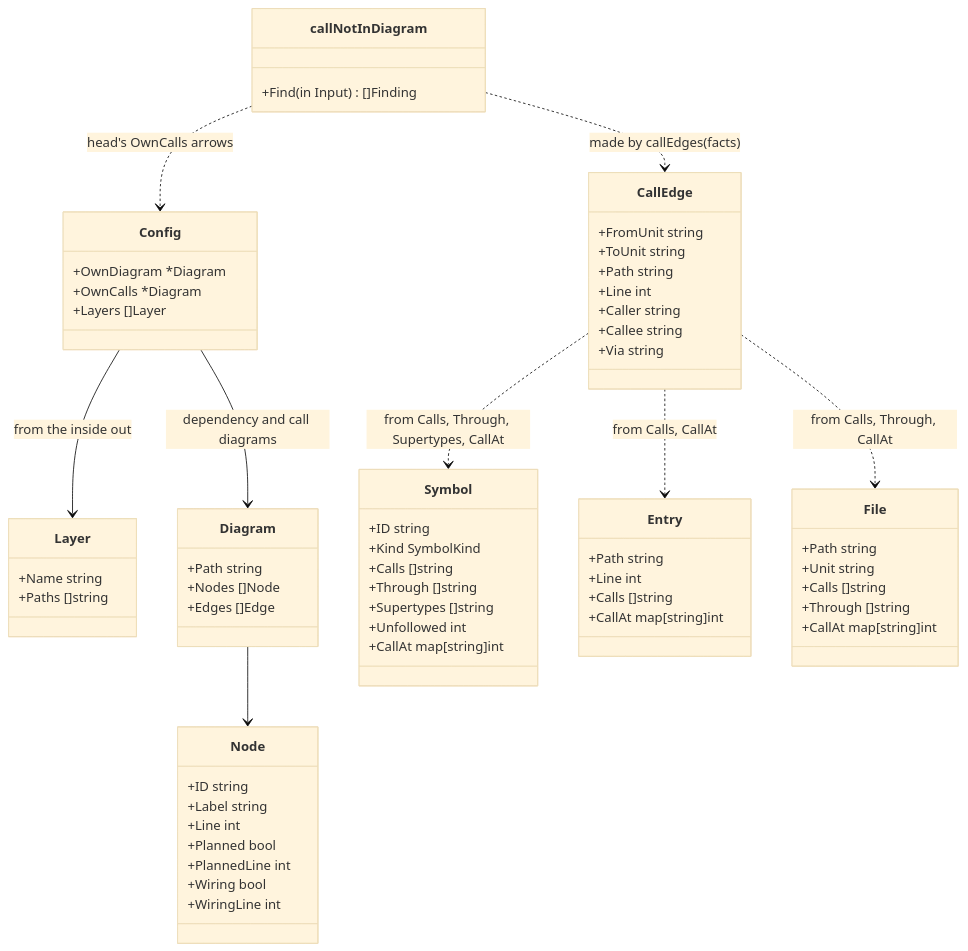
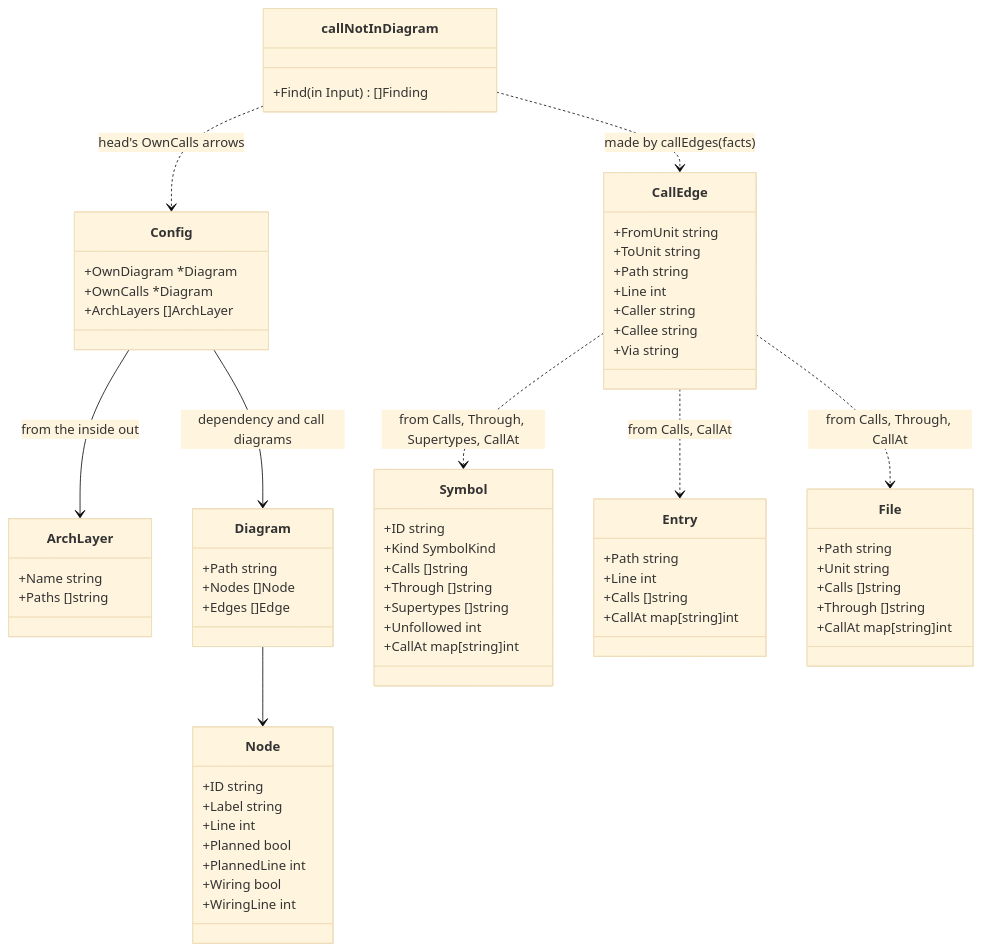
One commit to rerorets/hadome changed the diagram in docs/design/rules-deps.md. Above: the diagram before and after it, drawn with Mermaid (base theme). The commit also changed other lines of this file and 15 other files, not shown here.

Commit message:
deps/layer fails an import from an inner layer to an outer one, as rules.deps.layers lists them from the inside out

````diff
--- a/docs/design/rules-deps.md
+++ b/docs/design/rules-deps.md
@@ -206,68 +206,68 @@
 ```mermaid
 classDiagram
   class Config {
     +OwnDiagram *Diagram
     +OwnCalls *Diagram
-    +Layers []Layer
+    +ArchLayers []ArchLayer
   }
-  class Layer {
+  class ArchLayer {
     +Name string
     +Paths []string
   }
   class Diagram {
     +Path string
     +Nodes []Node
     +Edges []Edge
   }
   class Node {
     +ID string
     +Label string
     +Line int
     +Planned bool
     +PlannedLine int
     +Wiring bool
     +WiringLine int
   }
   class Symbol {
     +ID string
     +Kind SymbolKind
     +Calls []string
     +Through []string
     +Supertypes []string
     +Unfollowed int
     +CallAt map[string]int
   }
   class Entry {
     +Path string
     +Line int
     +Calls []string
     +CallAt map[string]int
   }
   class File {
     +Path string
     +Unit string
     +Calls []string
     +Through []string
     +CallAt map[string]int
   }
   class CallEdge {
     +FromUnit string
     +ToUnit string
     +Path string
     +Line int
     +Caller string
     +Callee string
     +Via string
   }
   class callNotInDiagram {
     +Find(in Input) []Finding
   }
   Config --> Diagram : dependency and call diagrams
-  Config --> Layer : from the inside out
+  Config --> ArchLayer : from the inside out
   Diagram --> Node
   callNotInDiagram ..> CallEdge : made by callEdges(facts)
   CallEdge ..> Symbol : from Calls, Through, Supertypes, CallAt
   CallEdge ..> Entry : from Calls, CallAt
   CallEdge ..> File : from Calls, Through, CallAt
   callNotInDiagram ..> Config : head's OwnCalls arrows
 ```
````
